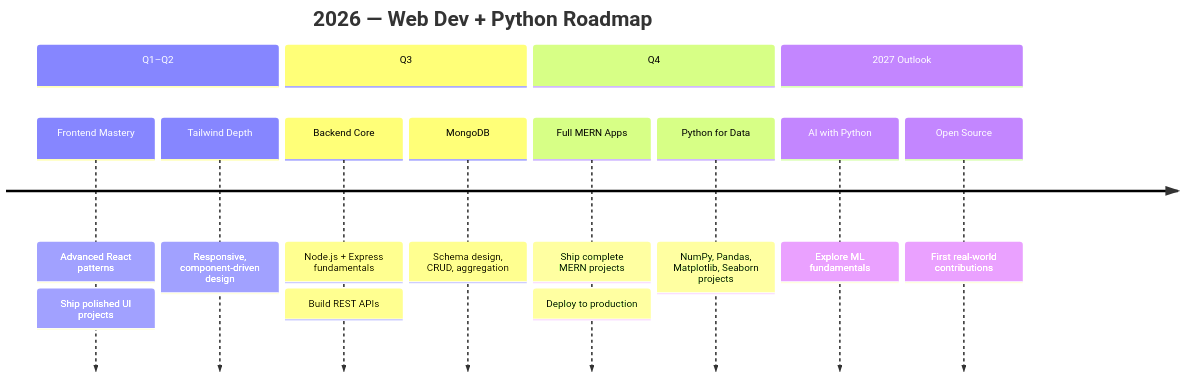
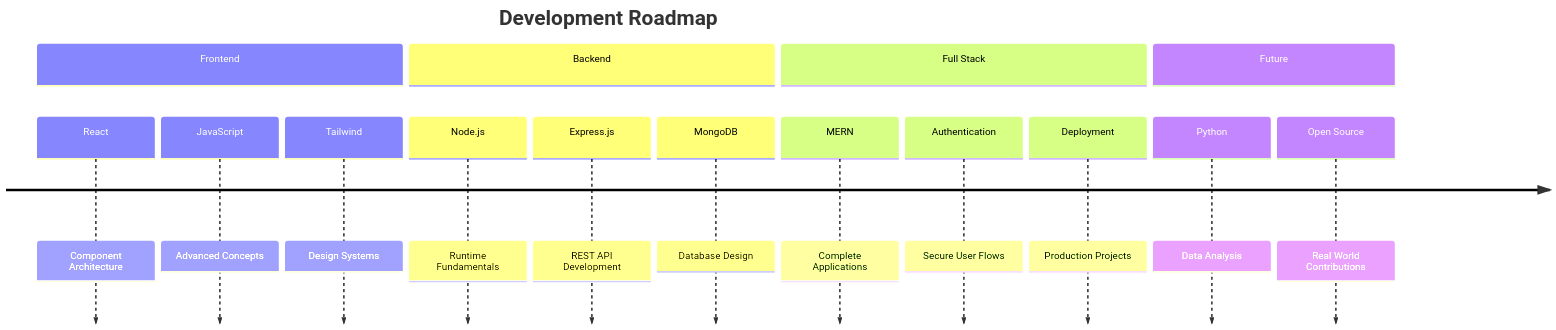
Before and after one commit to Faizan-khan144/Faizan-khan144: the second of 2 diagrams in README.md, drawn with Mermaid. The commit also changed other lines of this file, not shown here.

````diff
--- a/README.md
+++ b/README.md
@@ -476,16 +336,23 @@
 ```mermaid
 timeline
-    title 2026 — Web Dev + Python Roadmap
-    section Q1–Q2
-        Frontend Mastery : Advanced React patterns : Ship polished UI projects
-        Tailwind Depth : Responsive, component-driven design
-    section Q3
-        Backend Core : Node.js + Express fundamentals : Build REST APIs
-        MongoDB : Schema design, CRUD, aggregation
-    section Q4
-        Full MERN Apps : Ship complete MERN projects : Deploy to production
-        Python for Data : NumPy, Pandas, Matplotlib, Seaborn projects
-    section 2027 Outlook
-        AI with Python : Explore ML fundamentals
-        Open Source : First real-world contributions
+    title Development Roadmap
+
+    section Frontend
+        React : Component Architecture
+        JavaScript : Advanced Concepts
+        Tailwind : Design Systems
+
+    section Backend
+        Node.js : Runtime Fundamentals
+        Express.js : REST API Development
+        MongoDB : Database Design
+
+    section Full Stack
+        MERN : Complete Applications
+        Authentication : Secure User Flows
+        Deployment : Production Projects
+
+    section Future
+        Python : Data Analysis
+        Open Source : Real World Contributions
 ```
````
